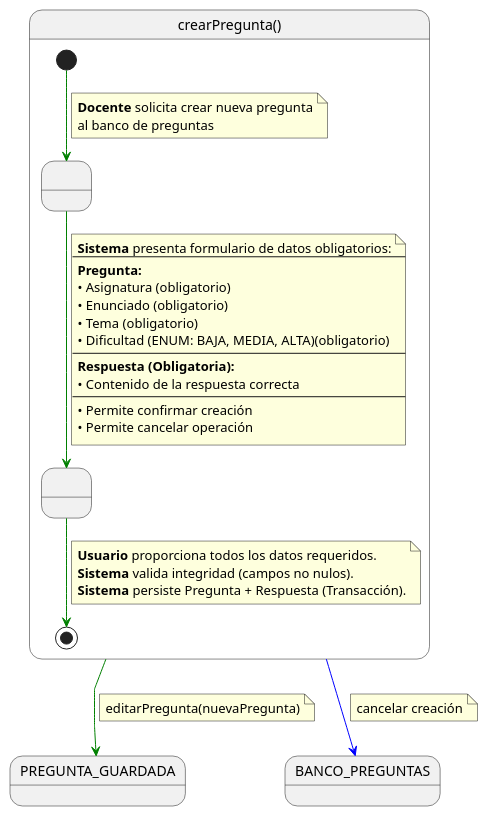
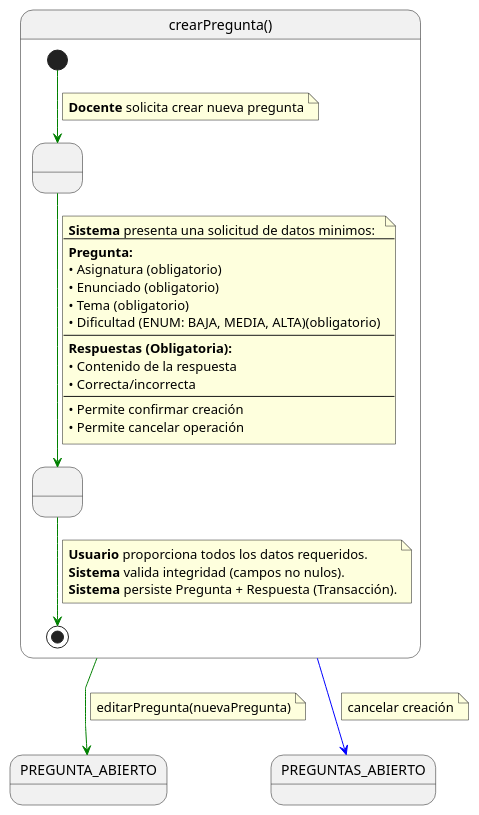
The diagram in documents/casos-de-uso/detalladoCasosDeUso/crearPregunta/crearPregunta.puml (martinlopez7/25-26-IdSw1-SdR), drawn with PlantUML before and after one commit. The commit also changed 1 other file, not shown here.

Commit message:
fix(cu): Correcciones caso de uso de crearPregunta [refs #55]

```diff
--- a/documents/casos-de-uso/detalladoCasosDeUso/crearPregunta/crearPregunta.puml
+++ b/documents/casos-de-uso/detalladoCasosDeUso/crearPregunta/crearPregunta.puml
@@ -1,49 +1,49 @@
 @startuml
 skinparam linetype polyline
 
 state crearPregunta as "crearPregunta()" {
 
     state " " as SolicitandoDatosPregunta
     state " " as ProcesandoCreacion
 
     [*] -[#green]-> SolicitandoDatosPregunta 
     note on link
     <b>Docente</b> solicita crear nueva pregunta
-    al banco de preguntas
     end note    
     
     SolicitandoDatosPregunta -[#green]-> ProcesandoCreacion
     note on link
-    <b>Sistema</b> presenta formulario de datos obligatorios:
+    <b>Sistema</b> presenta una solicitud de datos minimos:
     ---
     <b>Pregunta:</b>
     • Asignatura (obligatorio)
     • Enunciado (obligatorio)
     • Tema (obligatorio)
     • Dificultad (ENUM: BAJA, MEDIA, ALTA)(obligatorio)
     ---
-    <b>Respuesta (Obligatoria):</b>
-    • Contenido de la respuesta correcta
+    <b>Respuestas (Obligatoria):</b>
+    • Contenido de la respuesta
+    • Correcta/incorrecta
     ---
     • Permite confirmar creación
     • Permite cancelar operación
     end note
     
     ProcesandoCreacion -[#green]-> [*]
     note on link
     <b>Usuario</b> proporciona todos los datos requeridos.
     <b>Sistema</b> valida integridad (campos no nulos).
     <b>Sistema</b> persiste Pregunta + Respuesta (Transacción).
     end note
 }
 
-crearPregunta -[#green]-> PREGUNTA_GUARDADA
+crearPregunta -[#green]-> PREGUNTA_ABIERTO
 note on link
 editarPregunta(nuevaPregunta)
 end note
 
-crearPregunta -[#blue]-> BANCO_PREGUNTAS
+crearPregunta -[#blue]-> PREGUNTAS_ABIERTO
 note on link
 cancelar creación
 end note
 @enduml
```
